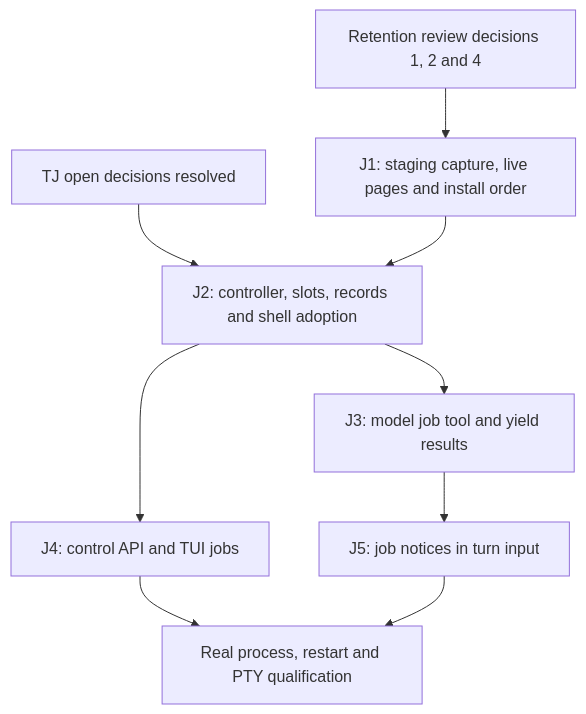
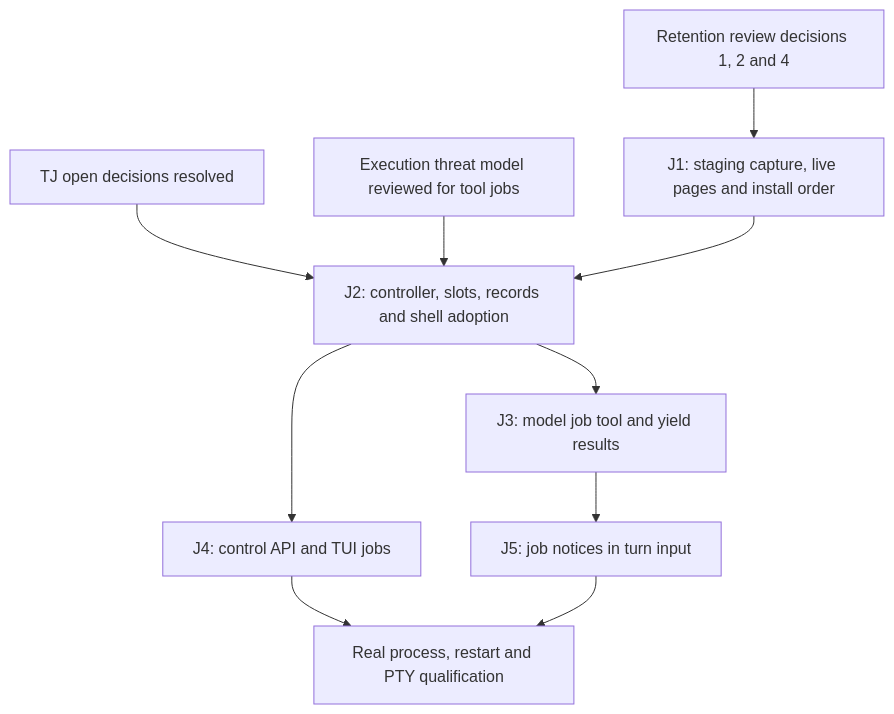
Before and after one commit to pidster/asura: the sixth of 6 diagrams in docs/designs/tool-job-controller.md, drawn with Mermaid. The commit also changed other lines of this file and 4 other files, not shown here.

First line of the commit message:
Add execution threat model and loopback endpoint restriction design

````diff
--- a/docs/designs/tool-job-controller.md
+++ b/docs/designs/tool-job-controller.md
@@ -656,11 +659,12 @@
 ```mermaid
 flowchart TD
     RG[Retention review decisions 1, 2 and 4] --> J1[J1: staging capture, live pages and install order]
     Rev[TJ open decisions resolved] --> J2[J2: controller, slots, records and shell adoption]
+    TM[Execution threat model reviewed for tool jobs] --> J2
     J1 --> J2
     J2 --> J3[J3: model job tool and yield results]
     J2 --> J4[J4: control API and TUI jobs]
     J3 --> J5[J5: job notices in turn input]
     J4 --> Q[Real process, restart and PTY qualification]
     J5 --> Q
 ```
````
